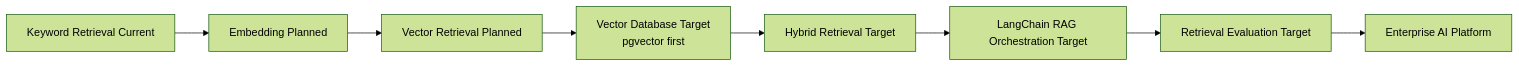
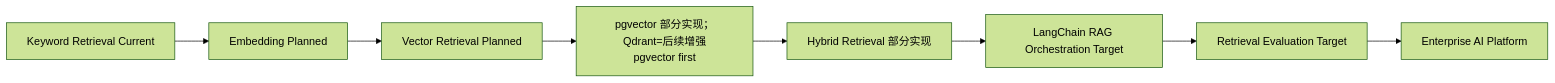
The fourth of 8 diagrams in ai-lab/ai-learn/retail-insight-ai/docs/ai-agent-retail-handbook-v3/09_系统设计书.md (kurekako2017/vscode_study), drawn with Mermaid (forest theme) before and after one commit. The commit also changed other lines of this file and 24 other files, not shown here.

````diff
--- a/ai-lab/ai-learn/retail-insight-ai/docs/ai-agent-retail-handbook-v3/09_系统设计书.md
+++ b/ai-lab/ai-learn/retail-insight-ai/docs/ai-agent-retail-handbook-v3/09_系统设计书.md
@@ -406,13 +409,13 @@
 ```mermaid
 flowchart LR
     C1[Keyword Retrieval Current]
     P1[Embedding Planned]
     P2[Vector Retrieval Planned]
-    T1[Vector Database Target<br/>pgvector first]
-    T2[Hybrid Retrieval Target]
+    T1[pgvector 部分实现；Qdrant=后续增强<br/>pgvector first]
+    T2[Hybrid Retrieval 部分实现]
     T3[LangChain RAG Orchestration Target]
     T4[Retrieval Evaluation Target]
     T5[Enterprise AI Platform]
 
     C1 --> P1 --> P2 --> T1 --> T2 --> T3 --> T4 --> T5
 ```
````
